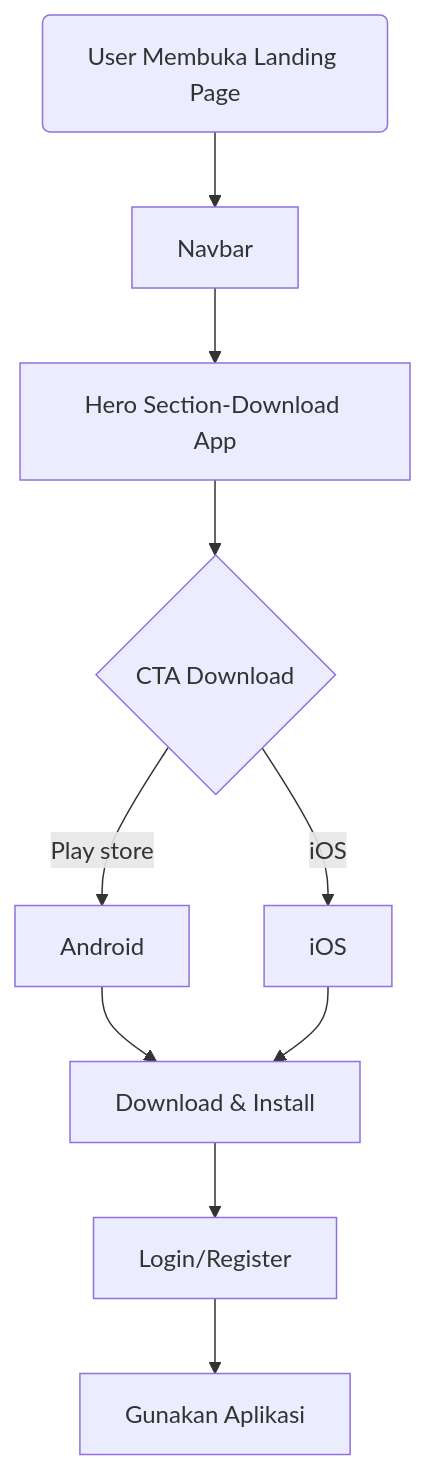
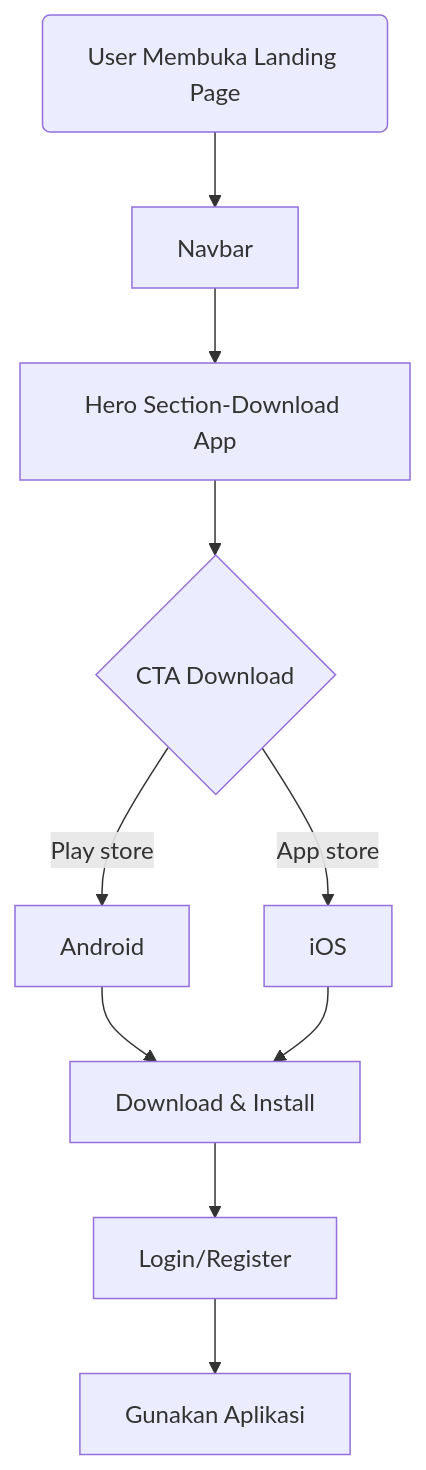
The second of 2 diagrams in README.md (acountcodm2704-blip/Flow-chart), drawn with Mermaid before and after one commit.

````diff
--- a/README.md
+++ b/README.md
@@ -43,14 +43,14 @@
 ```mermaid
 flowchart TD
 A(User Membuka Landing Page) --> B[Navbar]
 B --> C[Hero Section-Download App]
 C --> D{CTA Download}
 D --> |Play store| E[Android] 
-D --> |iOS| F[iOS]
+D --> |App store| F[iOS]
 E --> G[Download & Install]
 F --> G
 G --> H[Login/Register]
 H --> I[Gunakan Aplikasi]
 
 
 ```
````
